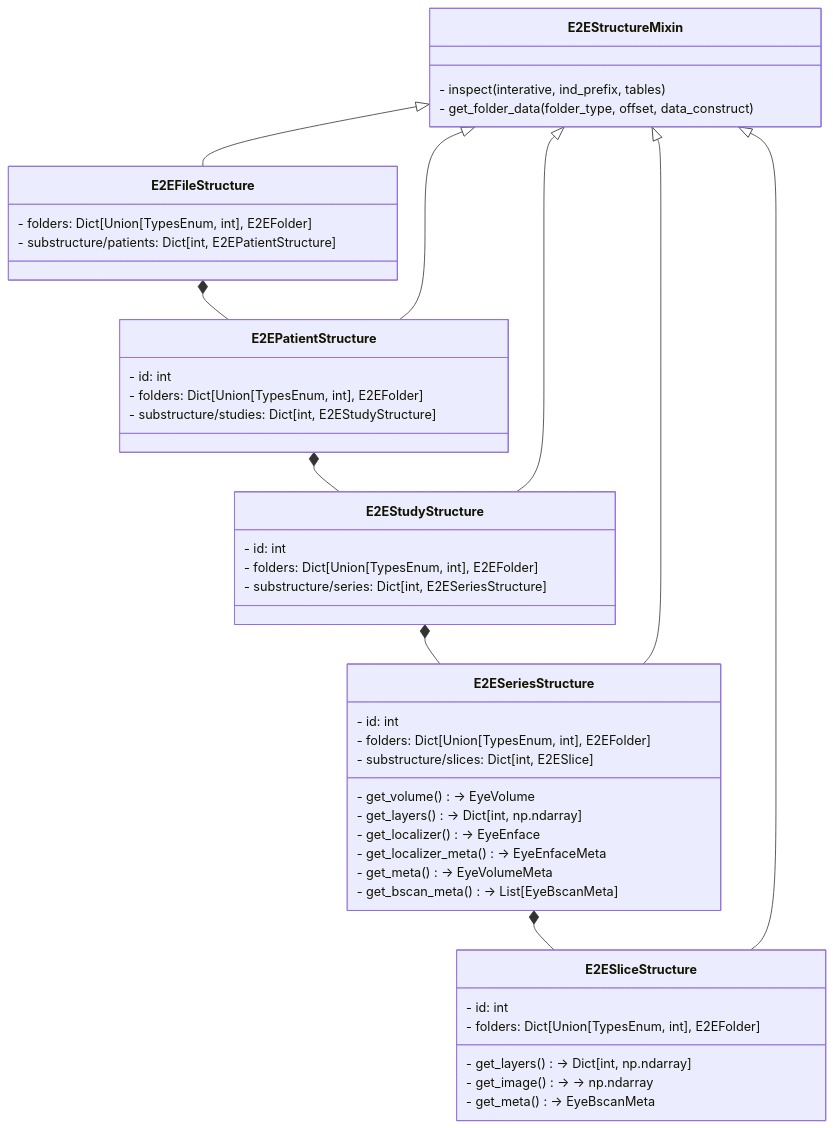
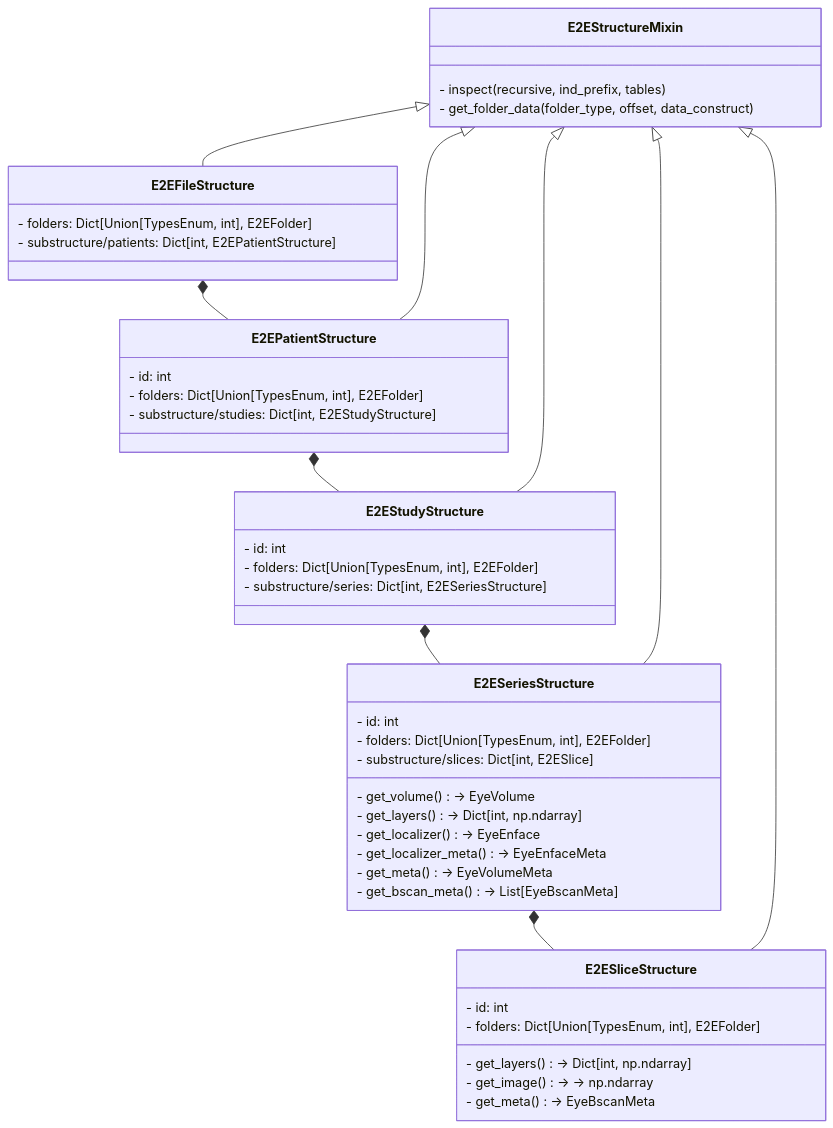
One commit to MedVisBonn/eyepy changed the diagram in docs/formats/he_e2e.md. Above: the diagram before and after it, drawn with Mermaid. The commit also changed other lines of this file and 5 other files, not shown here.

````diff
--- a/docs/formats/he_e2e.md
+++ b/docs/formats/he_e2e.md
@@ -79,51 +79,51 @@
 ```mermaid
 classDiagram
     E2EFileStructure *-- E2EPatientStructure
     E2EPatientStructure *-- E2EStudyStructure
     E2EStudyStructure *-- E2ESeriesStructure
     E2ESeriesStructure *-- E2ESliceStructure
 
     E2EStructureMixin <|-- E2EFileStructure
     E2EStructureMixin <|-- E2EPatientStructure
     E2EStructureMixin <|-- E2EStudyStructure
     E2EStructureMixin <|-- E2ESeriesStructure
     E2EStructureMixin <|-- E2ESliceStructure
 
     class E2EStructureMixin{
-      - inspect(interative, ind_prefix, tables)
+      - inspect(recursive, ind_prefix, tables)
       - get_folder_data(folder_type, offset, data_construct)
     }
 
     class E2EFileStructure{
       - folders: Dict[Union[TypesEnum, int], E2EFolder]
       - substructure/patients: Dict[int, E2EPatientStructure]
     }
     class E2EPatientStructure{
       - id: int
       - folders: Dict[Union[TypesEnum, int], E2EFolder]
       - substructure/studies: Dict[int, E2EStudyStructure]
     }
     class E2EStudyStructure{
       - id: int
       - folders: Dict[Union[TypesEnum, int], E2EFolder]
       - substructure/series: Dict[int, E2ESeriesStructure]
     }
     class E2ESeriesStructure{
       - id: int
       - folders: Dict[Union[TypesEnum, int], E2EFolder]
       - substructure/slices: Dict[int, E2ESlice]
       - get_volume() -> EyeVolume
       - get_layers() -> Dict[int, np.ndarray]
       - get_localizer() -> EyeEnface
       - get_localizer_meta() -> EyeEnfaceMeta
       - get_meta() -> EyeVolumeMeta
       - get_bscan_meta() -> List[EyeBscanMeta]
     }
     class E2ESliceStructure{
       - id: int
       - folders: Dict[Union[TypesEnum, int], E2EFolder]
       - get_layers() -> Dict[int, np.ndarray]
       - get_image() -> -> np.ndarray
       - get_meta() -> EyeBscanMeta
     }
 ```
````
